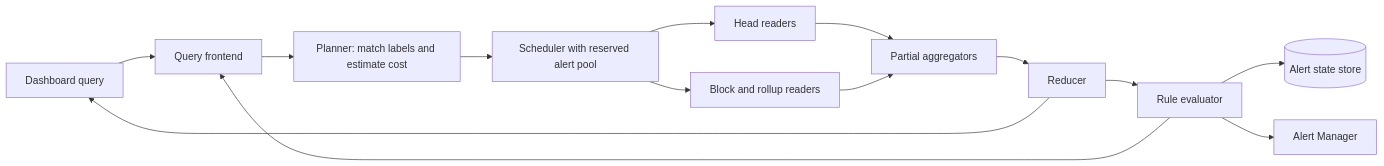
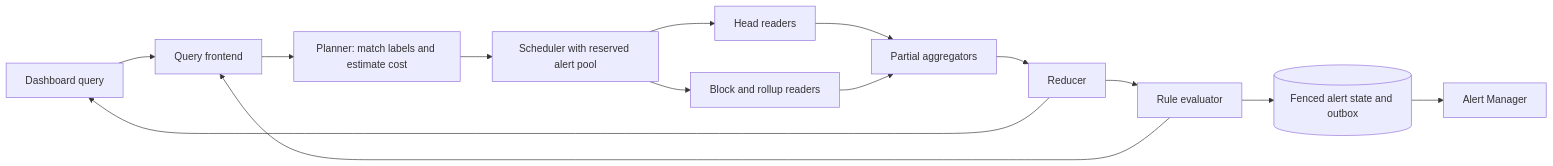
The fifth of 5 diagrams in metrics-monitoring-system-design.md (Pranshu258/system-design), drawn with Mermaid before and after one commit. The commit also changed other lines of this file and 23 other files, not shown here.

````diff
--- a/metrics-monitoring-system-design.md
+++ b/metrics-monitoring-system-design.md
@@ -326,16 +334,16 @@
 ```mermaid
 flowchart LR
     U["Dashboard query"] --> F["Query frontend"]
     E["Rule evaluator"] --> F
     F --> P["Planner: match labels and estimate cost"]
     P --> S["Scheduler with reserved alert pool"]
     S --> H["Head readers"]
     S --> B["Block and rollup readers"]
     H --> R["Partial aggregators"]
     B --> R
     R --> M["Reducer"]
     M --> U
     M --> E
-    E --> A[("Alert state store")]
-    E --> N["Alert Manager"]
+    E --> A[("Fenced alert state and outbox")]
+    A --> N["Alert Manager"]
 ```
````
